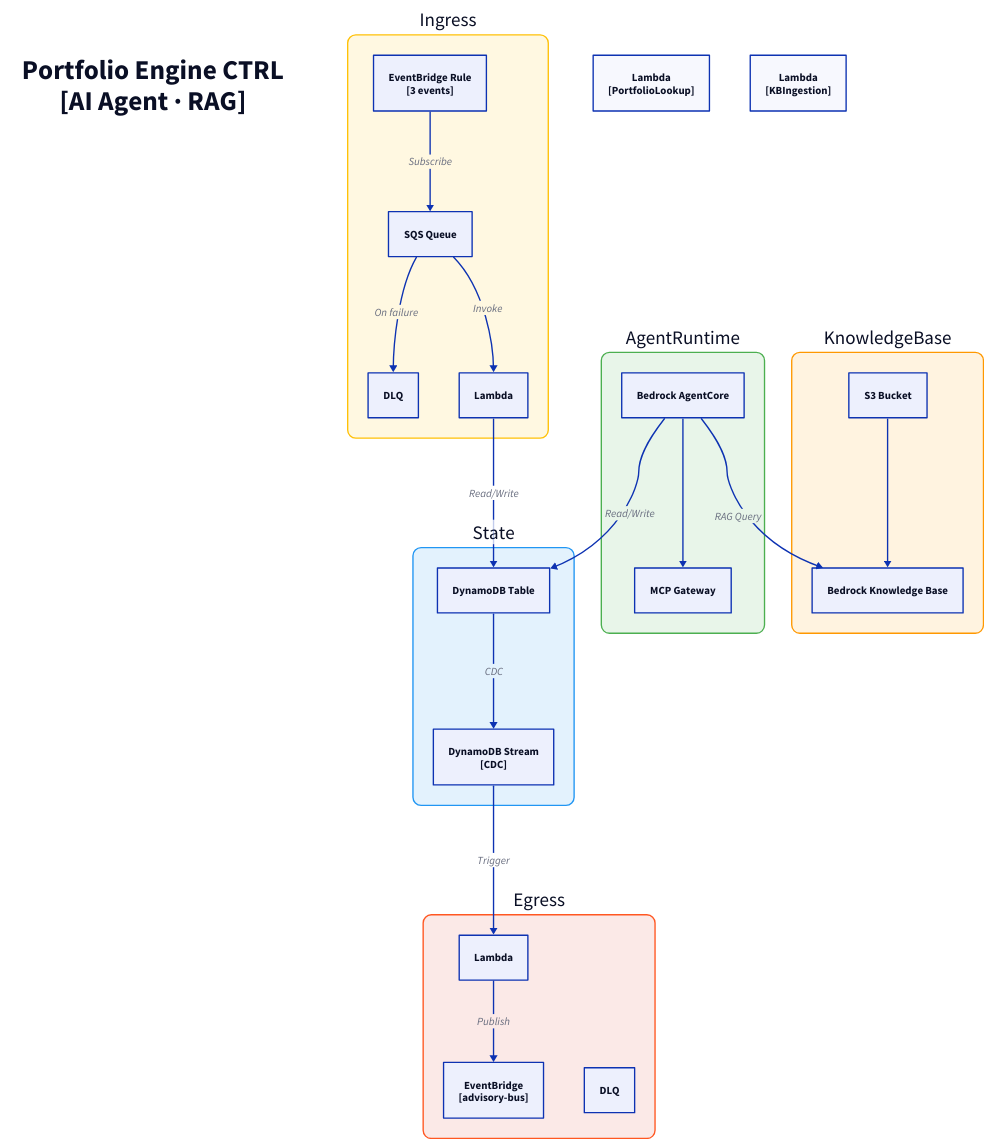
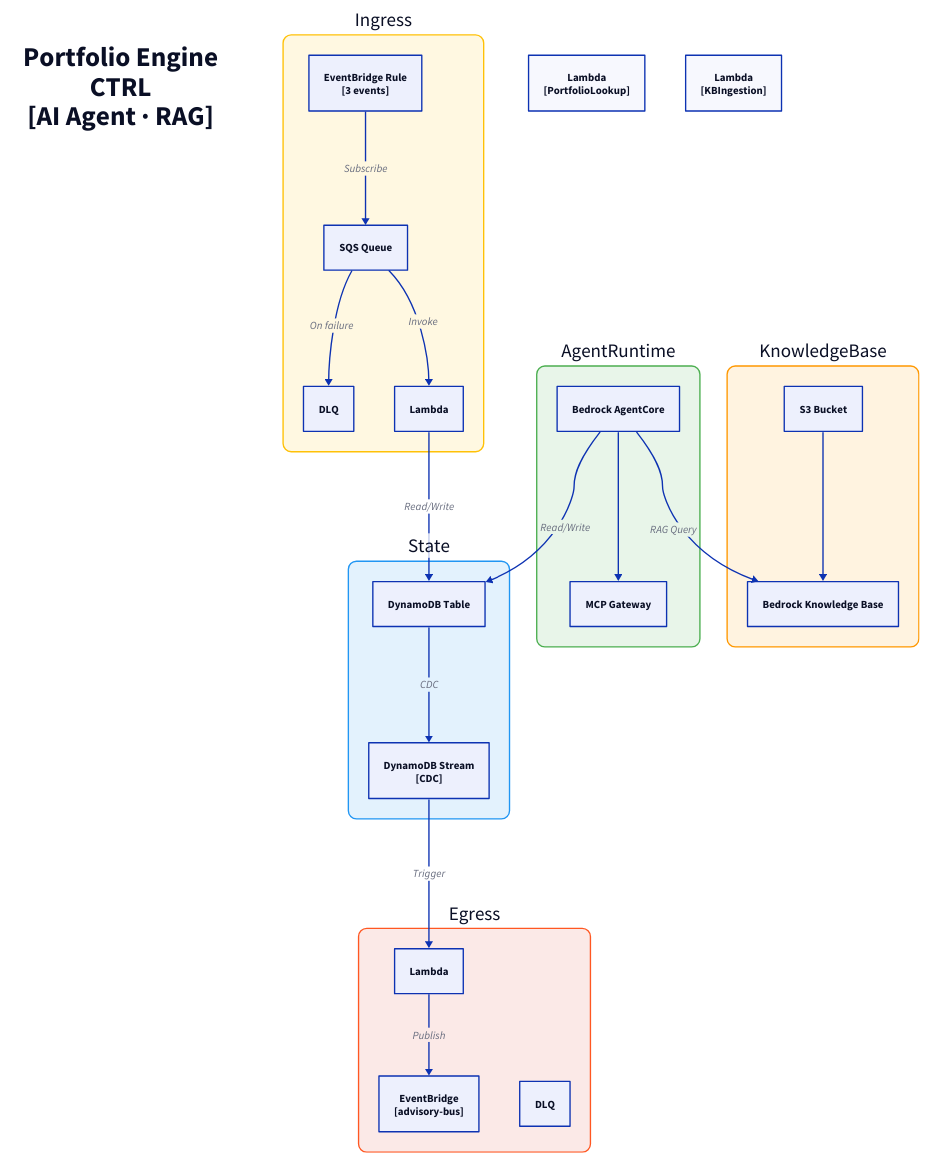
One commit to fabio-vitali/nestfolio changed the diagram in docs/architecture/c3/portfolio-engine-ctrl.d2. Above: the diagram before and after it, drawn with D2. The commit also changed 66 other files, not shown here.

Commit message:
fix: c4 diagrams fixes

```diff
--- a/docs/architecture/c3/portfolio-engine-ctrl.d2
+++ b/docs/architecture/c3/portfolio-engine-ctrl.d2
@@ -1,56 +1,56 @@
 direction: down
 
-title: "Portfolio Engine CTRL\n[AI Agent · RAG]" {
+title: "Portfolio Engine\nCTRL\n[AI Agent · RAG]" {
   style: { font-size: 40; bold: true; fill: transparent; stroke: transparent }
 }
 
 ingress: "Ingress" {
   style: { fill: "#FFF8E1"; stroke: "#FFC107"; border-radius: 12; font-size: 28 }
   rule: "EventBridge Rule\n[3 events]" { class: aws-eventbridge }
   sqs: "SQS Queue" { class: aws-sqs }
   dlq: "DLQ" { class: aws-dlq }
   handler: "Lambda" { class: aws-lambda }
 
   rule -> sqs: Subscribe
   sqs -> handler: Invoke
   sqs -> dlq: On failure
 }
 
 state: "State" {
   style: { fill: "#E3F2FD"; stroke: "#2196F3"; border-radius: 12; font-size: 28 }
   table: "DynamoDB Table" { class: aws-dynamodb }
   stream: "DynamoDB Stream\n[CDC]" { class: aws-ddb-stream }
   table -> stream: CDC
 }
 
 egress: "Egress" {
   style: { fill: "#FBE9E7"; stroke: "#FF5722"; border-radius: 12; font-size: 28 }
   processor: "Lambda" { class: aws-lambda }
   bus: "EventBridge\n[advisory-bus]" { class: aws-eventbridge }
   dlq: "DLQ" { class: aws-dlq }
 
   processor -> bus: Publish
 }
 
 agent-runtime: "AgentRuntime" {
   style: { fill: "#E8F5E9"; stroke: "#4CAF50"; border-radius: 12; font-size: 28 }
   runtime: "Bedrock AgentCore" { class: aws-bedrock }
   gateway: "MCP Gateway" { class: aws-lambda }
   runtime -> gateway
 }
 
 knowledge-base: "KnowledgeBase" {
   style: { fill: "#FFF3E0"; stroke: "#FF9800"; border-radius: 12; font-size: 28 }
   kb: "Bedrock Knowledge Base" { class: aws-bedrock }
   s3: "S3 Bucket" { class: aws-s3 }
   s3 -> kb
 }
 
 portfolio-lookup: "Lambda\n[PortfolioLookup]" { class: aws-lambda }
 kbingestion: "Lambda\n[KBIngestion]" { class: aws-lambda }
 
 # Flows
 ingress.handler -> state.table: Read/Write
 state.stream -> egress.processor: Trigger
 agent-runtime.runtime -> knowledge-base.kb: RAG Query
 agent-runtime.runtime -> state.table: Read/Write
```
